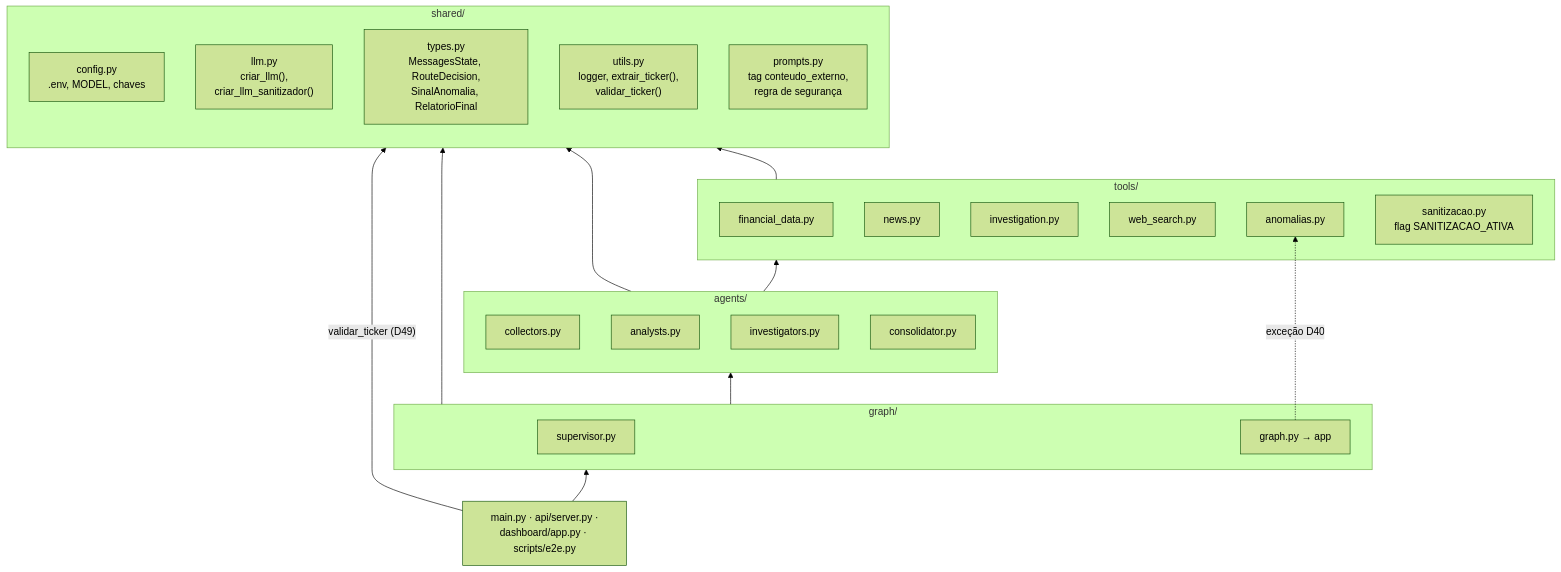
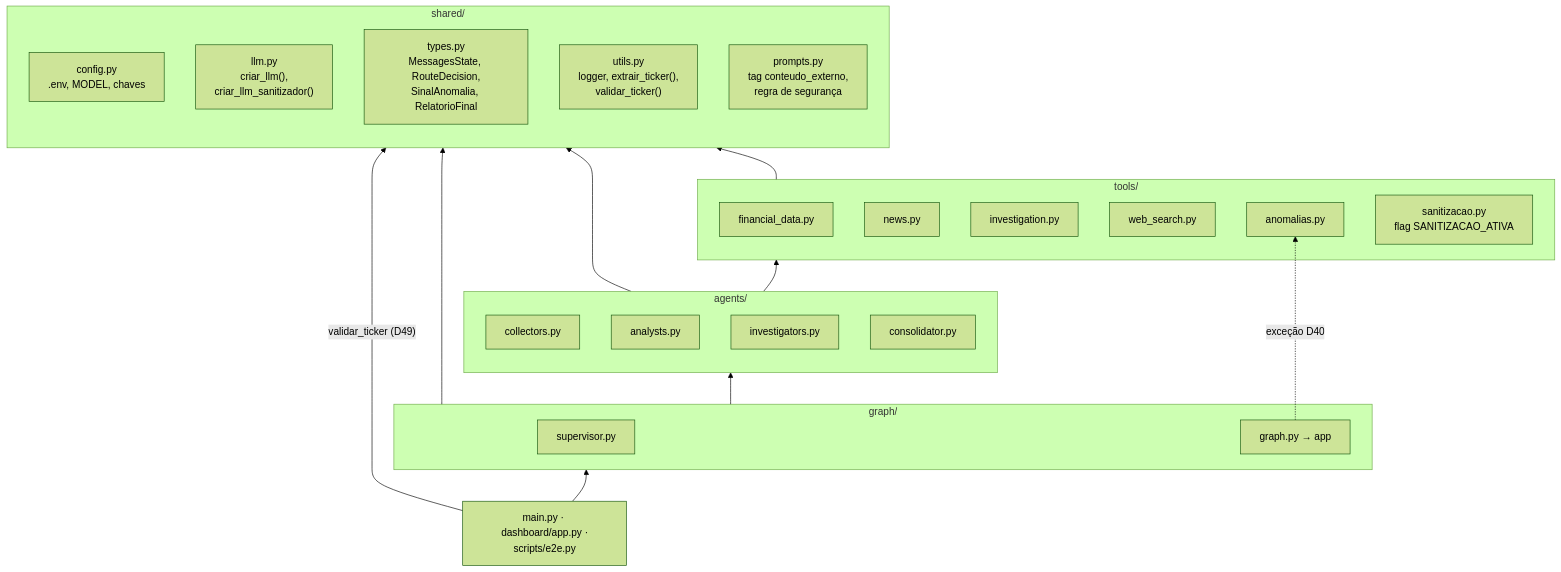
One commit to igorc22/pipeline-inteligencia-financeira-b3 changed the fourth of 5 diagrams in docs/arquitetura.md. Above: the diagram before and after it, drawn with Mermaid (forest theme). The commit also changed other lines of this file and 10 other files, not shown here.

Commit message:
chore: remove a api, sem uso desde o dashboard em streamlit

````diff
--- a/docs/arquitetura.md
+++ b/docs/arquitetura.md
@@ -140,42 +140,42 @@
 ```mermaid
 flowchart BT
     subgraph C_SHARED["shared/"]
         CFG["config.py<br/>.env, MODEL, chaves"]
         LLMF["llm.py<br/>criar_llm(),<br/>criar_llm_sanitizador()"]
         TYP["types.py<br/>MessagesState, RouteDecision,<br/>SinalAnomalia, RelatorioFinal"]
         UTL["utils.py<br/>logger, extrair_ticker(),<br/>validar_ticker()"]
         PRM["prompts.py<br/>tag conteudo_externo,<br/>regra de segurança"]
     end
 
     subgraph C_TOOLS["tools/"]
         FD["financial_data.py"]
         NW["news.py"]
         INVT["investigation.py"]
         WS["web_search.py"]
         ANO["anomalias.py"]
         SAN["sanitizacao.py<br/>flag SANITIZACAO_ATIVA"]
     end
 
     subgraph C_AGENTS["agents/"]
         COL["collectors.py"]
         ANL["analysts.py"]
         INVA["investigators.py"]
         CONS["consolidator.py"]
     end
 
     subgraph C_GRAPH["graph/"]
         SUP["supervisor.py"]
         GR["graph.py → app"]
     end
 
-    ENTRY["main.py · api/server.py ·<br/>dashboard/app.py · scripts/e2e.py"]
+    ENTRY["main.py · dashboard/app.py ·<br/>scripts/e2e.py"]
 
     C_TOOLS --> C_SHARED
     C_AGENTS --> C_TOOLS
     C_AGENTS --> C_SHARED
     C_GRAPH --> C_AGENTS
     C_GRAPH --> C_SHARED
     GR -.->|"exceção D40"| ANO
     ENTRY --> C_GRAPH
     ENTRY -->|"validar_ticker (D49)"| C_SHARED
 ```
````
